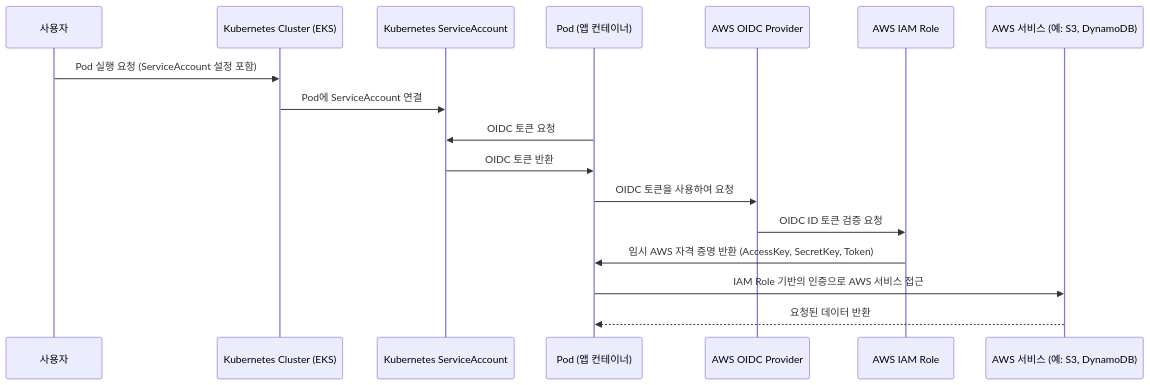
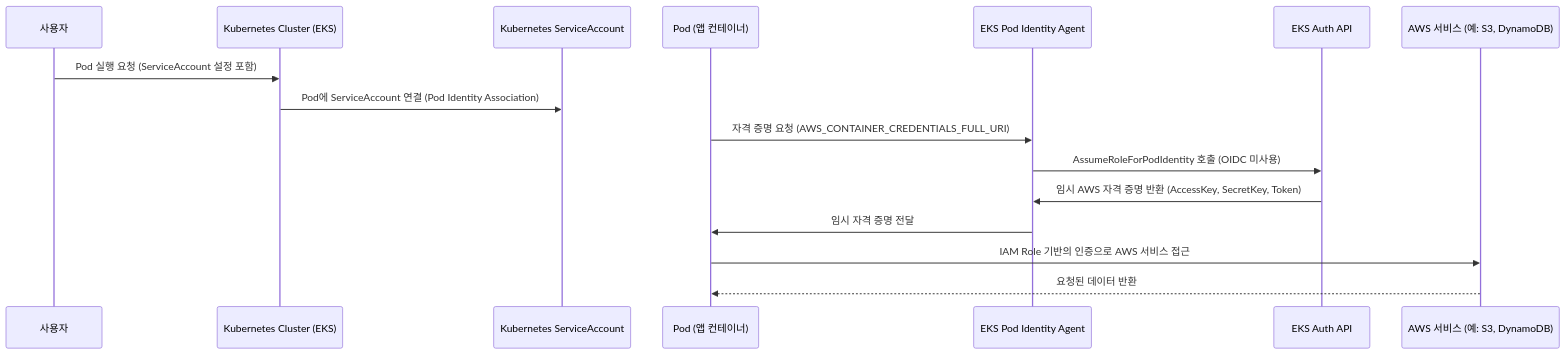
One commit to dotoryeee/blog changed the second of 3 diagrams in docs/blog/posts/Cloud Infra/sso.md. Above: the diagram before and after it, drawn with Mermaid. The commit also changed other lines of this file and 47 other files, not shown here.

````diff
--- a/docs/blog/posts/Cloud Infra/sso.md
+++ b/docs/blog/posts/Cloud Infra/sso.md
@@ -57,20 +57,19 @@
 ```mermaid
 sequenceDiagram
     participant User as 사용자
     participant Kubernetes as Kubernetes Cluster (EKS)
     participant ServiceAccount as Kubernetes ServiceAccount
     participant Pod as Pod (앱 컨테이너)
-    participant AWS_OIDC as AWS OIDC Provider
-    participant IAM as AWS IAM Role
+    participant Agent as EKS Pod Identity Agent
+    participant EKSAuth as EKS Auth API
     participant AWS_Service as AWS 서비스 (예: S3, DynamoDB)
 
     User->>Kubernetes: Pod 실행 요청 (ServiceAccount 설정 포함)
-    Kubernetes->>ServiceAccount: Pod에 ServiceAccount 연결
-    Pod->>ServiceAccount: OIDC 토큰 요청
-    ServiceAccount->>Pod: OIDC 토큰 반환
-    Pod->>AWS_OIDC: OIDC 토큰을 사용하여 요청
-    AWS_OIDC->>IAM: OIDC ID 토큰 검증 요청
-    IAM->>Pod: 임시 AWS 자격 증명 반환 (AccessKey, SecretKey, Token)
+    Kubernetes->>ServiceAccount: Pod에 ServiceAccount 연결 (Pod Identity Association)
+    Pod->>Agent: 자격 증명 요청 (AWS_CONTAINER_CREDENTIALS_FULL_URI)
+    Agent->>EKSAuth: AssumeRoleForPodIdentity 호출 (OIDC 미사용)
+    EKSAuth->>Agent: 임시 AWS 자격 증명 반환 (AccessKey, SecretKey, Token)
+    Agent->>Pod: 임시 자격 증명 전달
     Pod->>AWS_Service: IAM Role 기반의 인증으로 AWS 서비스 접근
     AWS_Service-->>Pod: 요청된 데이터 반환
 ```
````
